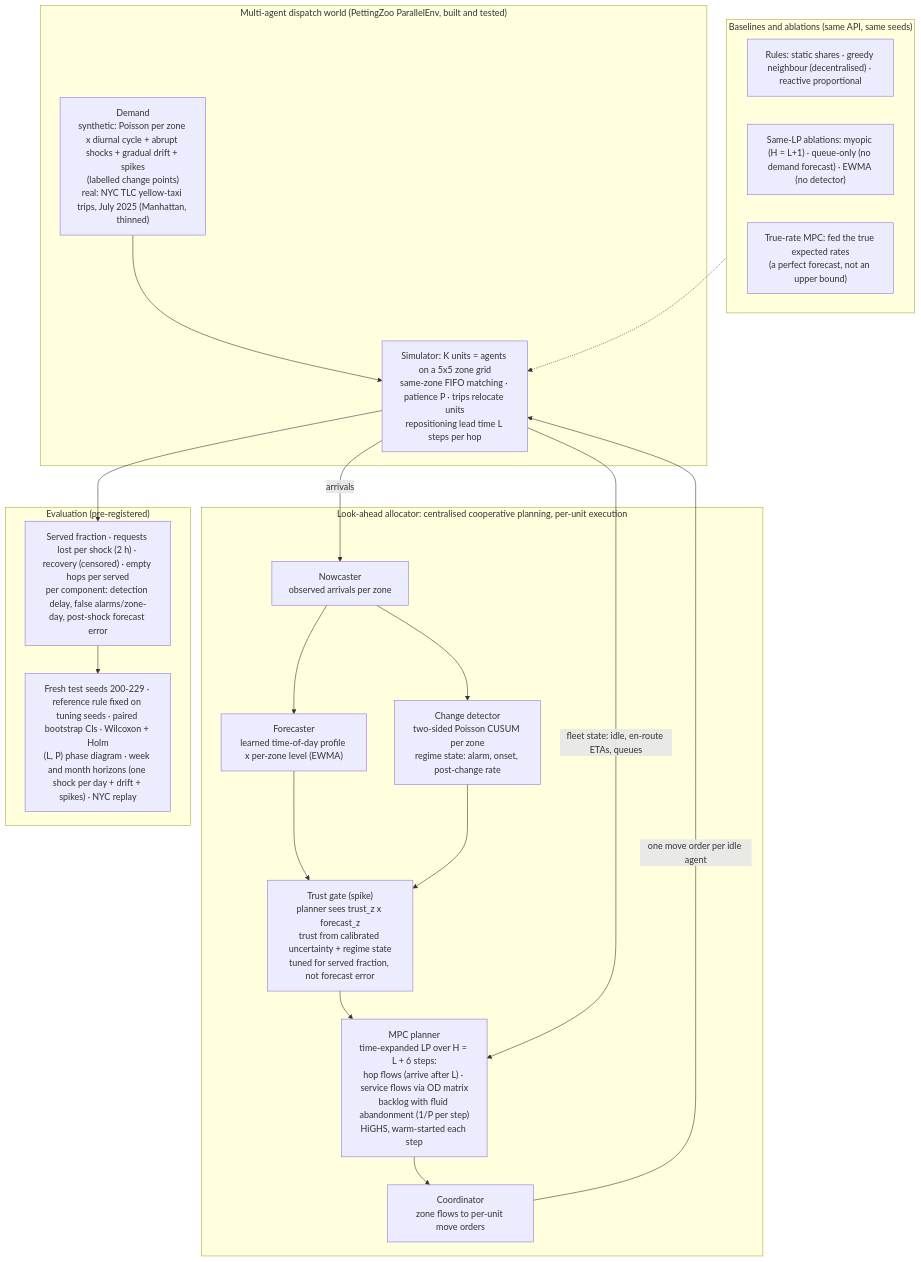
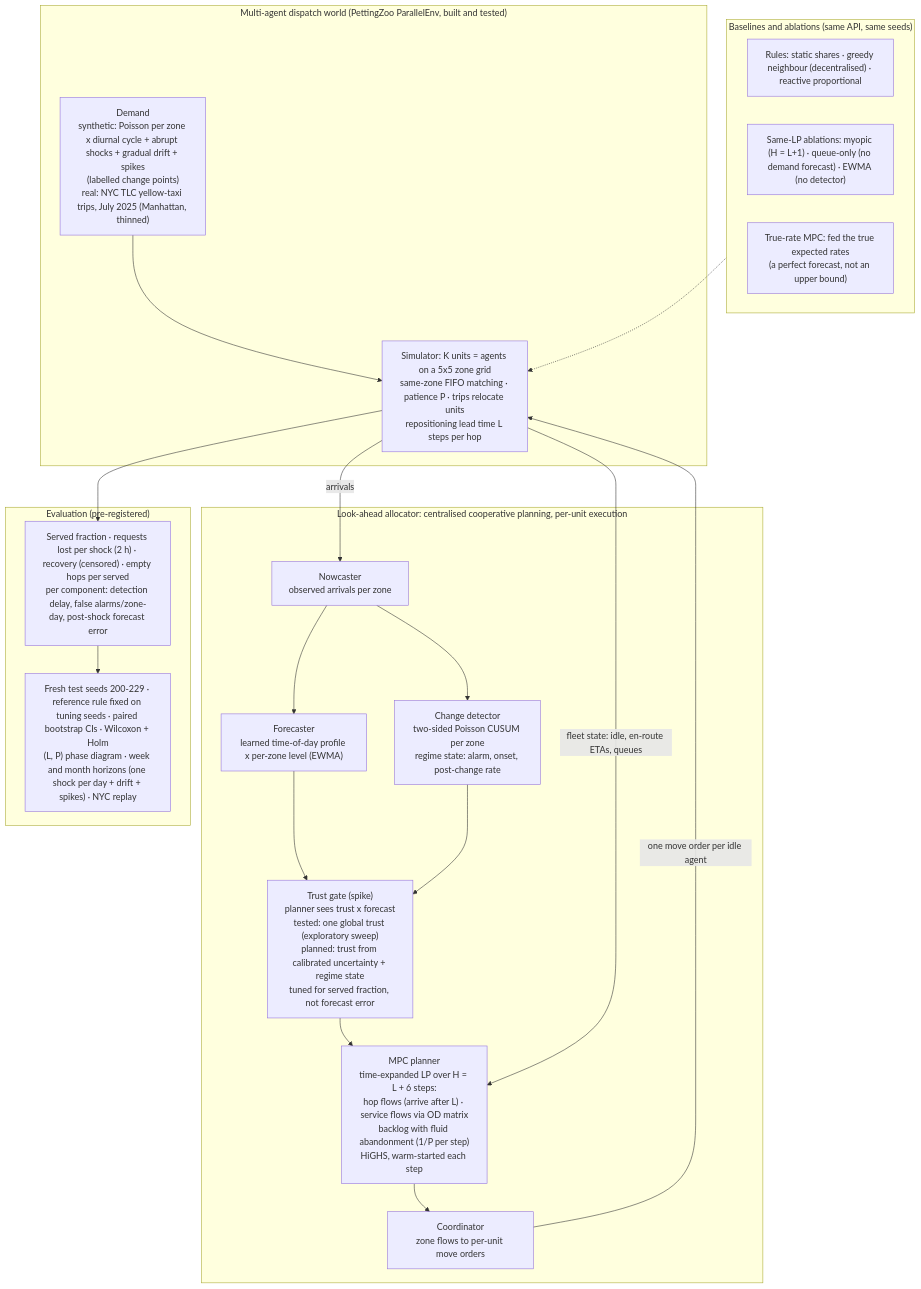
One commit to imdigitalashish/techfest-2026 changed the diagram in perceptron-p07-multi-agent-allocation/deliverables/architecture.md. Above: the diagram before and after it, drawn with Mermaid.

Commit message:
perceptron-p07-multi-agent-allocation: architecture — trust gate labelled tested (global trust) vs planned (calibrated, regime-gated)

````diff
--- a/perceptron-p07-multi-agent-allocation/deliverables/architecture.md
+++ b/perceptron-p07-multi-agent-allocation/deliverables/architecture.md
@@ -3,36 +3,36 @@
 ```mermaid
 flowchart TB
   subgraph WORLD["Multi-agent dispatch world (PettingZoo ParallelEnv, built and tested)"]
     D["Demand<br/>synthetic: Poisson per zone x diurnal cycle + abrupt shocks + gradual drift + spikes<br/>(labelled change points)<br/>real: NYC TLC yellow-taxi trips, July 2025 (Manhattan, thinned)"]
     S["Simulator: K units = agents on a 5x5 zone grid<br/>same-zone FIFO matching · patience P · trips relocate units<br/>repositioning lead time L steps per hop"]
     D --> S
   end
 
   subgraph AGENT["Look-ahead allocator: centralised cooperative planning, per-unit execution"]
     N["Nowcaster<br/>observed arrivals per zone"]
     CD["Change detector<br/>two-sided Poisson CUSUM per zone<br/>regime state: alarm, onset, post-change rate"]
     F["Forecaster<br/>learned time-of-day profile x per-zone level (EWMA)"]
-    TG["Trust gate (spike)<br/>planner sees trust_z x forecast_z<br/>trust from calibrated uncertainty + regime state<br/>tuned for served fraction, not forecast error"]
+    TG["Trust gate (spike)<br/>planner sees trust x forecast<br/>tested: one global trust (exploratory sweep)<br/>planned: trust from calibrated uncertainty + regime state<br/>tuned for served fraction, not forecast error"]
     P["MPC planner<br/>time-expanded LP over H = L + 6 steps:<br/>hop flows (arrive after L) · service flows via OD matrix<br/>backlog with fluid abandonment (1/P per step)<br/>HiGHS, warm-started each step"]
     C["Coordinator<br/>zone flows to per-unit move orders"]
     N --> F --> TG --> P --> C
     N --> CD --> TG
   end
 
   S -- "fleet state: idle, en-route ETAs, queues" --> P
   S -- "arrivals" --> N
   C -- "one move order per idle agent" --> S
 
   subgraph BASE["Baselines and ablations (same API, same seeds)"]
     R["Rules: static shares · greedy neighbour (decentralised) · reactive proportional"]
     AB["Same-LP ablations: myopic (H = L+1) · queue-only (no demand forecast) · EWMA (no detector)"]
     O["True-rate MPC: fed the true expected rates<br/>(a perfect forecast, not an upper bound)"]
   end
   BASE -.-> S
 
   subgraph EVAL["Evaluation (pre-registered)"]
     M["Served fraction · requests lost per shock (2 h) · recovery (censored) · empty hops per served<br/>per component: detection delay, false alarms/zone-day, post-shock forecast error"]
     ST["Fresh test seeds 200-229 · reference rule fixed on tuning seeds · paired bootstrap CIs · Wilcoxon + Holm<br/>(L, P) phase diagram · week and month horizons (one shock per day + drift + spikes) · NYC replay"]
   end
   S --> M --> ST
 ```
````
